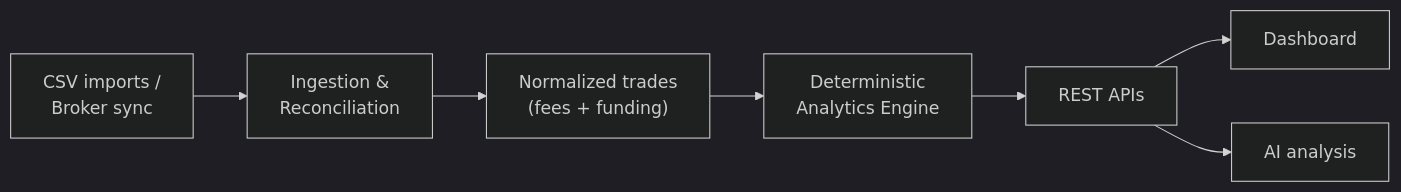
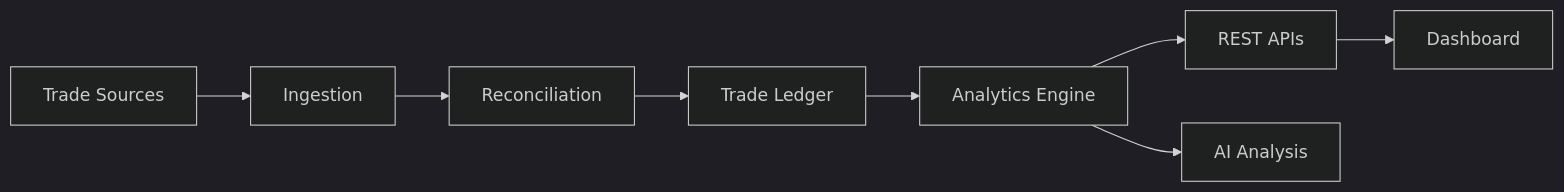
One commit to arupmahato03/arupmahato03 changed the diagram in README.md. Above: the diagram before and after it, drawn with Mermaid (dark theme). The commit also changed other lines of this file, not shown here.

````diff
--- a/README.md
+++ b/README.md
@@ -97,9 +102,10 @@
 ```mermaid
 flowchart LR
-    A["CSV imports /<br/>Broker sync"] --> B["Ingestion &<br/>Reconciliation"]
-    B --> C["Normalized trades<br/>(fees + funding)"]
-    C --> D["Deterministic<br/>Analytics Engine"]
-    D --> E["REST APIs"]
-    E --> F["Dashboard"]
-    E --> G["AI analysis"]
+    A[Trade Sources] --> B[Ingestion]
+    B --> C[Reconciliation]
+    C --> D[Trade Ledger]
+    D --> E[Analytics Engine]
+    E --> F[REST APIs]
+    F --> G[Dashboard]
+    E --> H[AI Analysis]
 ```
````
